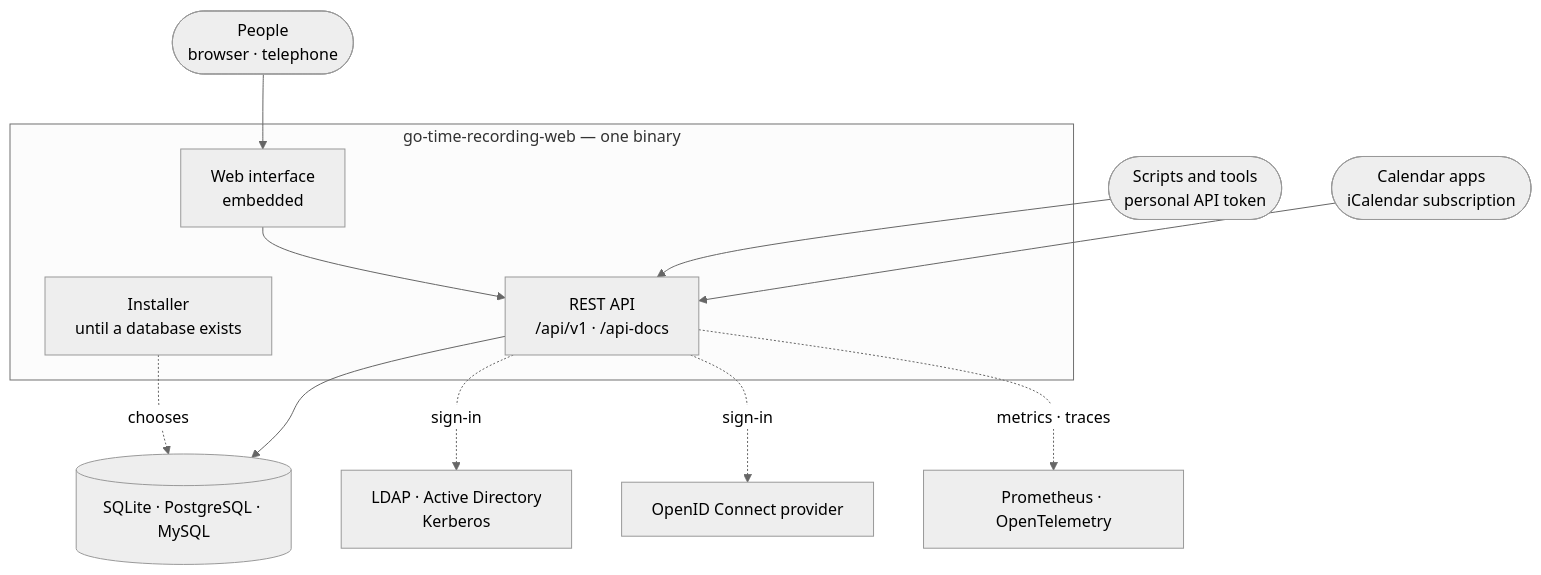
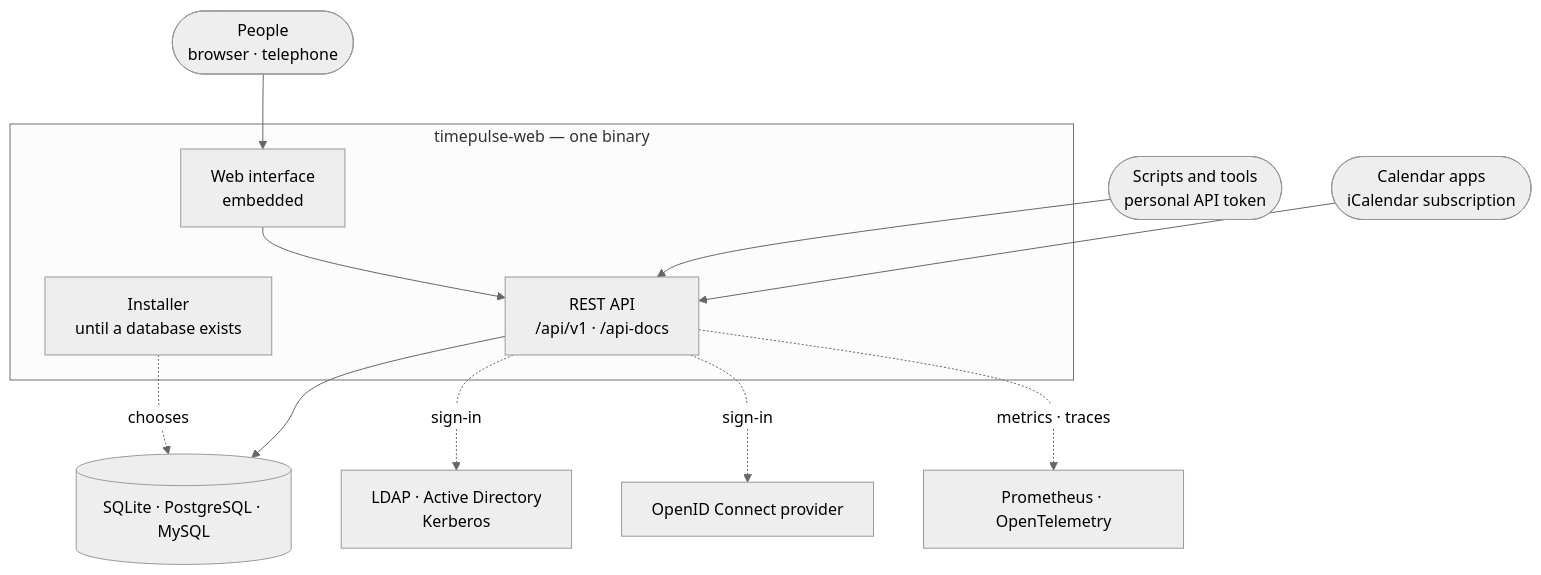
One commit to dennis-dko/go-ticket-system changed the first of 3 diagrams in README.md. Above: the diagram before and after it, drawn with Mermaid (neutral theme). The commit also changed other lines of this file and 12 other files, not shown here.

````diff
--- a/README.md
+++ b/README.md
@@ -143,26 +143,26 @@
 ```mermaid
 flowchart TB
     people(["People<br/>browser · telephone"])
     scripts(["Scripts and tools<br/>personal API token"])
     calendars(["Calendar apps<br/>iCalendar subscription"])
 
-    subgraph binary["go-time-recording-web — one binary"]
+    subgraph binary["timepulse-web — one binary"]
         installer["Installer<br/>until a database exists"]
         ui["Web interface<br/>embedded"]
         api["REST API<br/>/api/v1 · /api-docs"]
     end
 
     db[("SQLite · PostgreSQL · MySQL")]
     directory["LDAP · Active Directory<br/>Kerberos"]
     provider["OpenID Connect provider"]
     telemetry["Prometheus · OpenTelemetry"]
 
     people --> ui --> api
     scripts --> api
     calendars --> api
     installer -. chooses .-> db
     api --> db
     api -. sign-in .-> directory
     api -. sign-in .-> provider
     api -. metrics · traces .-> telemetry
 ```
````
